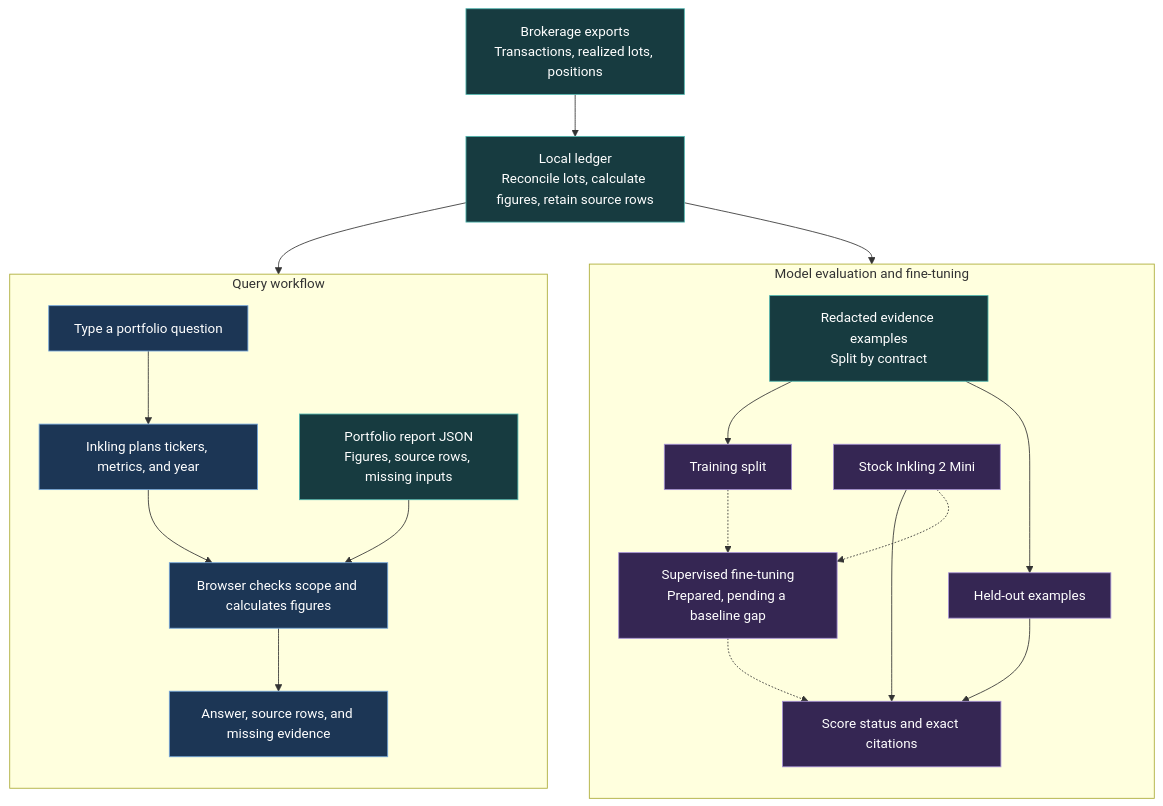
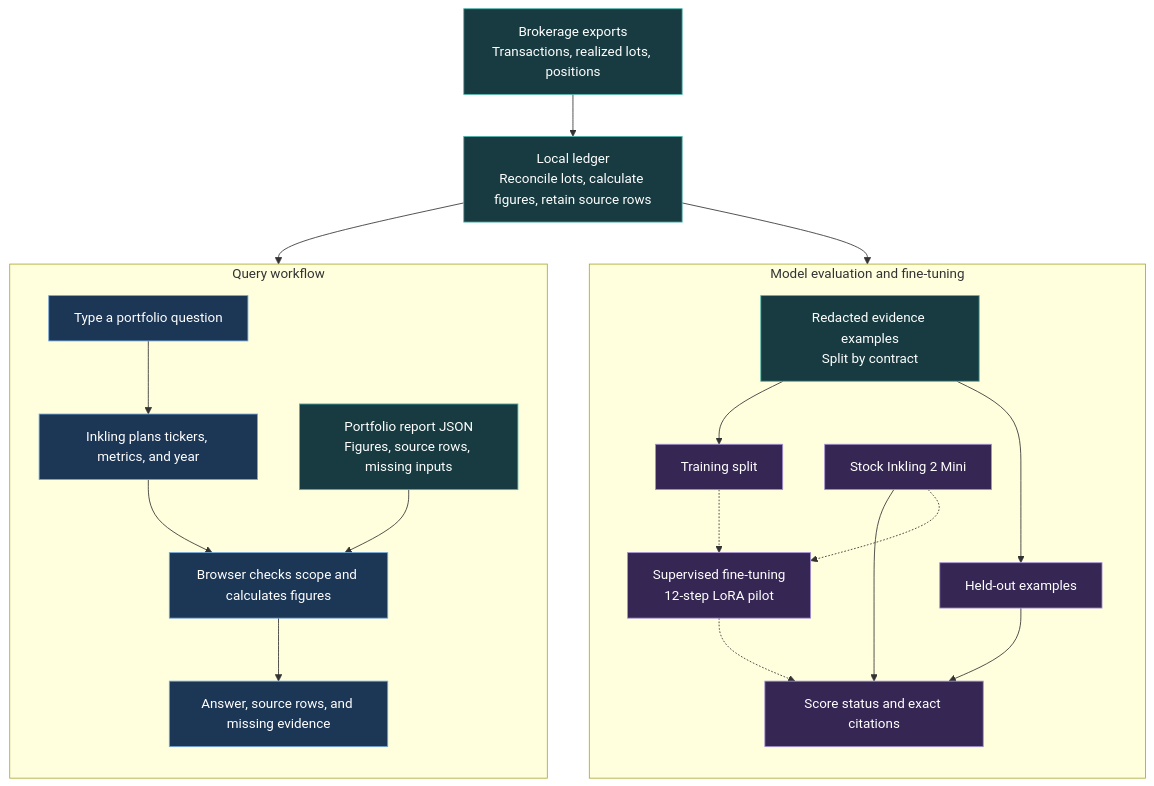
Before and after one commit to manishklach/brokerage-ledger-rl: the diagram in BLOG.md, drawn with Mermaid. The commit also changed other lines of this file and 1 other file, not shown here.

Commit message:
Document Inkling LoRA pilot and validation results

````diff
--- a/BLOG.md
+++ b/BLOG.md
@@ -11,32 +11,32 @@
 ```mermaid
 flowchart TB
     CSV["Brokerage exports<br/>Transactions, realized lots, positions"] --> LEDGER["Local ledger<br/>Reconcile lots, calculate figures, retain source rows"]
     LEDGER --> EXAMPLES["Redacted evidence examples<br/>Split by contract"]
     LEDGER --> REPORT["Portfolio report JSON<br/>Figures, source rows, missing inputs"]
 
     subgraph MODEL["Model evaluation and fine-tuning"]
         direction TB
         EXAMPLES --> TRAIN["Training split"]
         EXAMPLES --> HOLDOUT["Held-out examples"]
         BASE["Stock Inkling 2 Mini"] --> SCORE["Score status and exact citations"]
         HOLDOUT --> SCORE
-        TRAIN -.-> SFT["Supervised fine-tuning<br/>Prepared, pending a baseline gap"]
+        TRAIN -.-> SFT["Supervised fine-tuning<br/>12-step LoRA pilot"]
         BASE -.-> SFT
         SFT -.-> SCORE
     end
 
     subgraph QUERY["Query workflow"]
         direction TB
         QUESTION["Type a portfolio question"] --> ROUTE["Inkling plans tickers, metrics, and year"]
         ROUTE --> LOOKUP["Browser checks scope and calculates figures"]
         REPORT --> LOOKUP
         LOOKUP --> ANSWER["Answer, source rows, and missing evidence"]
     end
 
     classDef data fill:#173b40,stroke:#50b6ae,color:#fff;
     classDef model fill:#352653,stroke:#a691d6,color:#fff;
     classDef query fill:#1c3655,stroke:#75a7db,color:#fff;
     class CSV,LEDGER,EXAMPLES,REPORT data;
     class TRAIN,HOLDOUT,BASE,SCORE,SFT model;
     class QUESTION,ROUTE,LOOKUP,ANSWER query;
 ```
````
